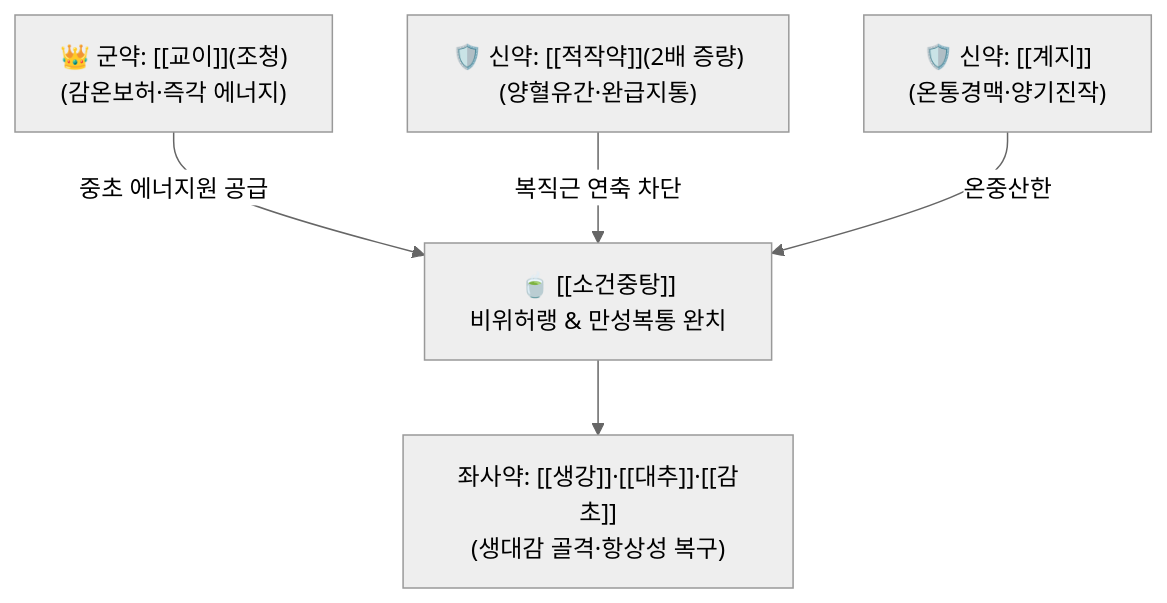
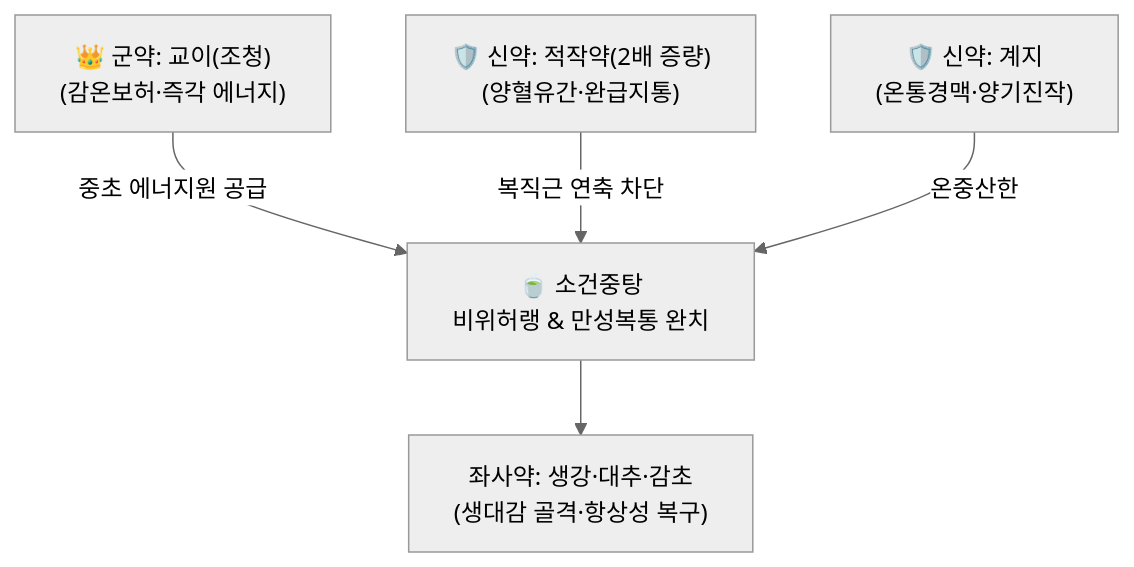
The diagram in content/2. 약리 공부/처방/02_보익제/소건중탕.md (simbio11/simbio-digital-garden2), drawn with Mermaid (neutral theme) before and after one commit. The commit also changed other lines of this file and 323 other files, not shown here.

````diff
--- a/content/2. 약리 공부/처방/02_보익제/소건중탕.md
+++ b/content/2. 약리 공부/처방/02_보익제/소건중탕.md
@@ -52,7 +54,7 @@
 ```mermaid
 graph TD
-    GY["👑 군약: [[교이]](조청)<br>(감온보허·즉각 에너지)"] -->|중초 에너지원 공급| TOTAL["🍵 [[소건중탕]]<br>비위허랭 & 만성복통 완치"]
-    JY["🛡️ 신약: [[적작약]](2배 증량)<br>(양혈유간·완급지통)"] -->|복직근 연축 차단| TOTAL
-    GZ["🛡️ 신약: [[계지]]<br>(온통경맥·양기진작)"] -->|온중산한| TOTAL
-    TOTAL --> SGDZGC["좌사약: [[생강]]·[[대추]]·[[감초]]<br>(생대감 골격·항상성 복구)"]
+    GY["👑 군약: 교이(조청)<br>(감온보허·즉각 에너지)"] -->|중초 에너지원 공급| TOTAL["🍵 소건중탕<br>비위허랭 & 만성복통 완치"]
+    JY["🛡️ 신약: 적작약(2배 증량)<br>(양혈유간·완급지통)"] -->|복직근 연축 차단| TOTAL
+    GZ["🛡️ 신약: 계지<br>(온통경맥·양기진작)"] -->|온중산한| TOTAL
+    TOTAL --> SGDZGC["좌사약: 생강·대추·감초<br>(생대감 골격·항상성 복구)"]
 ```
````
